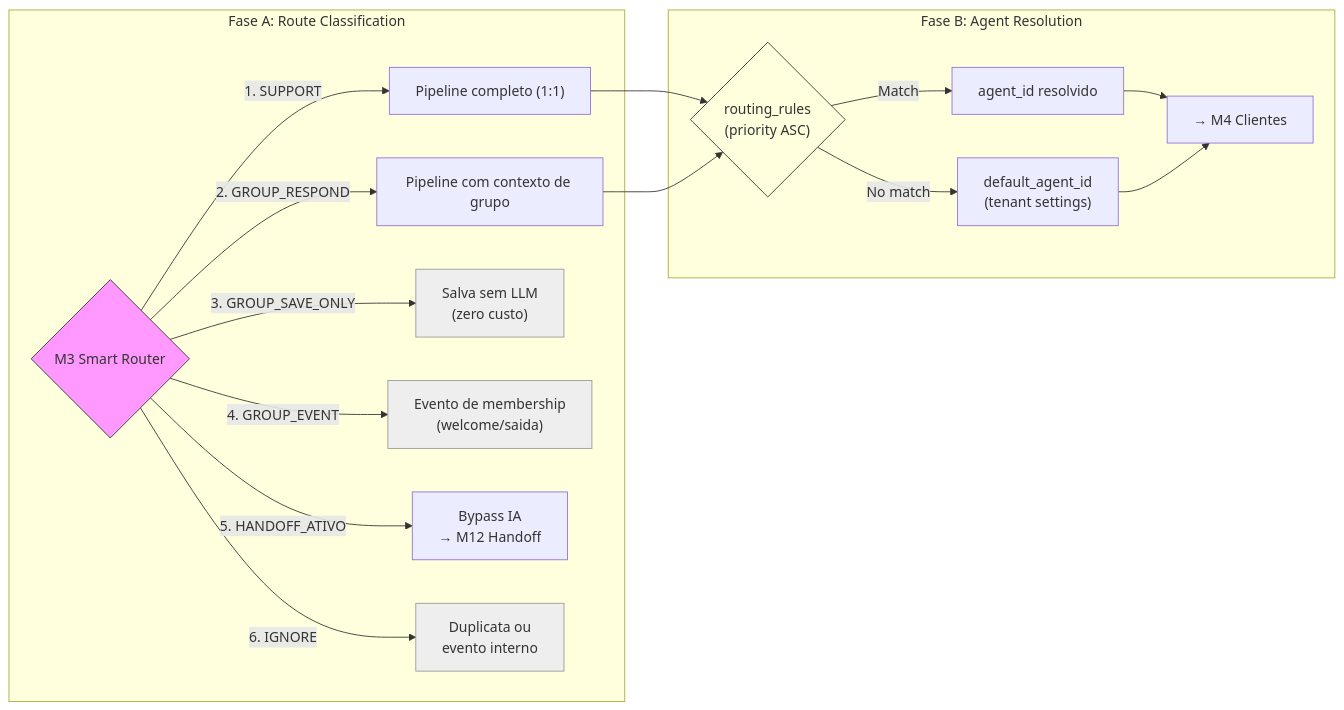
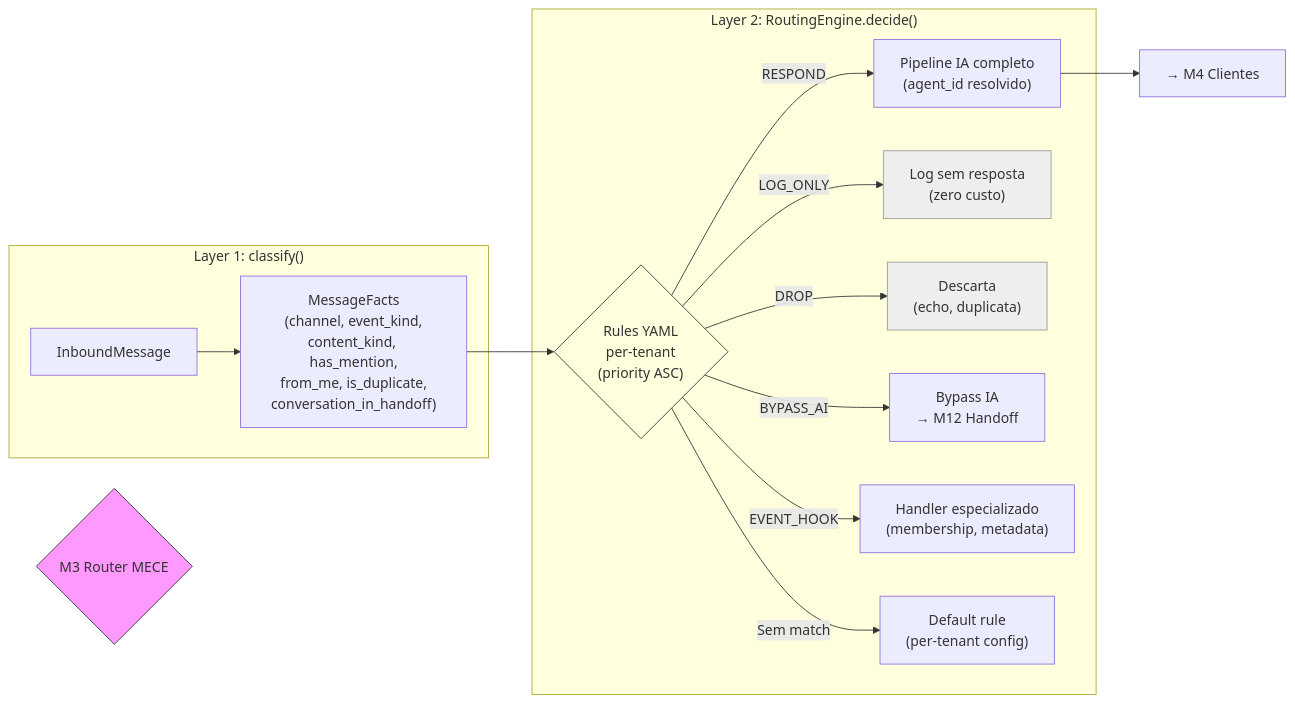
Before and after one commit to paceautomations/madruga.ai: the third of 13 diagrams in platforms/prosauai/business/process.md, drawn with Mermaid. The commit also changed other lines of this file and 6 other files, not shown here.

````diff
--- a/platforms/prosauai/business/process.md
+++ b/platforms/prosauai/business/process.md
@@ -94,28 +94,25 @@
 ```mermaid
 flowchart LR
-    M3{"M3 Smart Router"}
+    M3{"M3 Router MECE"}
 
-    subgraph "Fase A: Route Classification"
-        M3 -->|"1. SUPPORT"| P1["Pipeline completo (1:1)"]
-        M3 -->|"2. GROUP_RESPOND"| P2["Pipeline com contexto de grupo"]
-        M3 -->|"3. GROUP_SAVE_ONLY"| P3["Salva sem LLM<br/>(zero custo)"]
-        M3 -->|"4. GROUP_EVENT"| P6["Evento de membership<br/>(welcome/saida)"]
-        M3 -->|"5. HANDOFF_ATIVO"| P4["Bypass IA<br/>→ M12 Handoff"]
-        M3 -->|"6. IGNORE"| P5["Duplicata ou<br/>evento interno"]
+    subgraph "Layer 1: classify()"
+        MSG["InboundMessage"] --> FACTS["MessageFacts<br/>(channel, event_kind,<br/>content_kind, has_mention,<br/>from_me, is_duplicate,<br/>conversation_in_handoff)"]
     end
 
-    subgraph "Fase B: Agent Resolution"
-        P1 --> RR{"routing_rules<br/>(priority ASC)"}
-        P2 --> RR
-        RR -->|"Match"| AG["agent_id resolvido"]
-        RR -->|"No match"| DF["default_agent_id<br/>(tenant settings)"]
-        AG --> M4["→ M4 Clientes"]
-        DF --> M4
+    subgraph "Layer 2: RoutingEngine.decide()"
+        FACTS --> RULES{"Rules YAML<br/>per-tenant<br/>(priority ASC)"}
+        RULES -->|"RESPOND"| P1["Pipeline IA completo<br/>(agent_id resolvido)"]
+        RULES -->|"LOG_ONLY"| P3["Log sem resposta<br/>(zero custo)"]
+        RULES -->|"DROP"| P5["Descarta<br/>(echo, duplicata)"]
+        RULES -->|"BYPASS_AI"| P4["Bypass IA<br/>→ M12 Handoff"]
+        RULES -->|"EVENT_HOOK"| P6["Handler especializado<br/>(membership, metadata)"]
+        RULES -->|"Sem match"| DEF["Default rule<br/>(per-tenant config)"]
     end
 
+    P1 --> M4["→ M4 Clientes"]
+
     style M3 fill:#f9f,stroke:#333
-    style RR fill:#ffd,stroke:#333
+    style RULES fill:#ffd,stroke:#333
     style P3 fill:#eee,stroke:#999
-    style P6 fill:#eee,stroke:#999
     style P5 fill:#eee,stroke:#999
 ```
````
